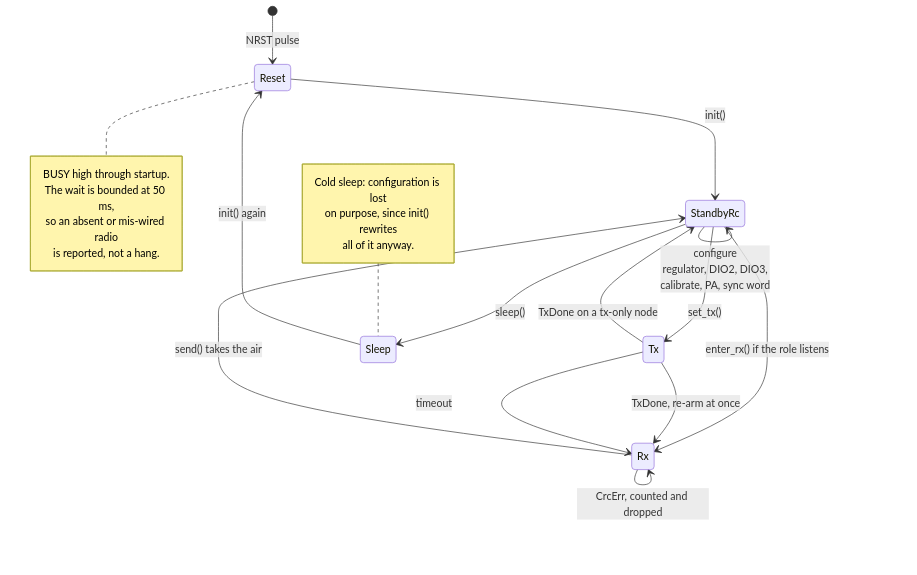
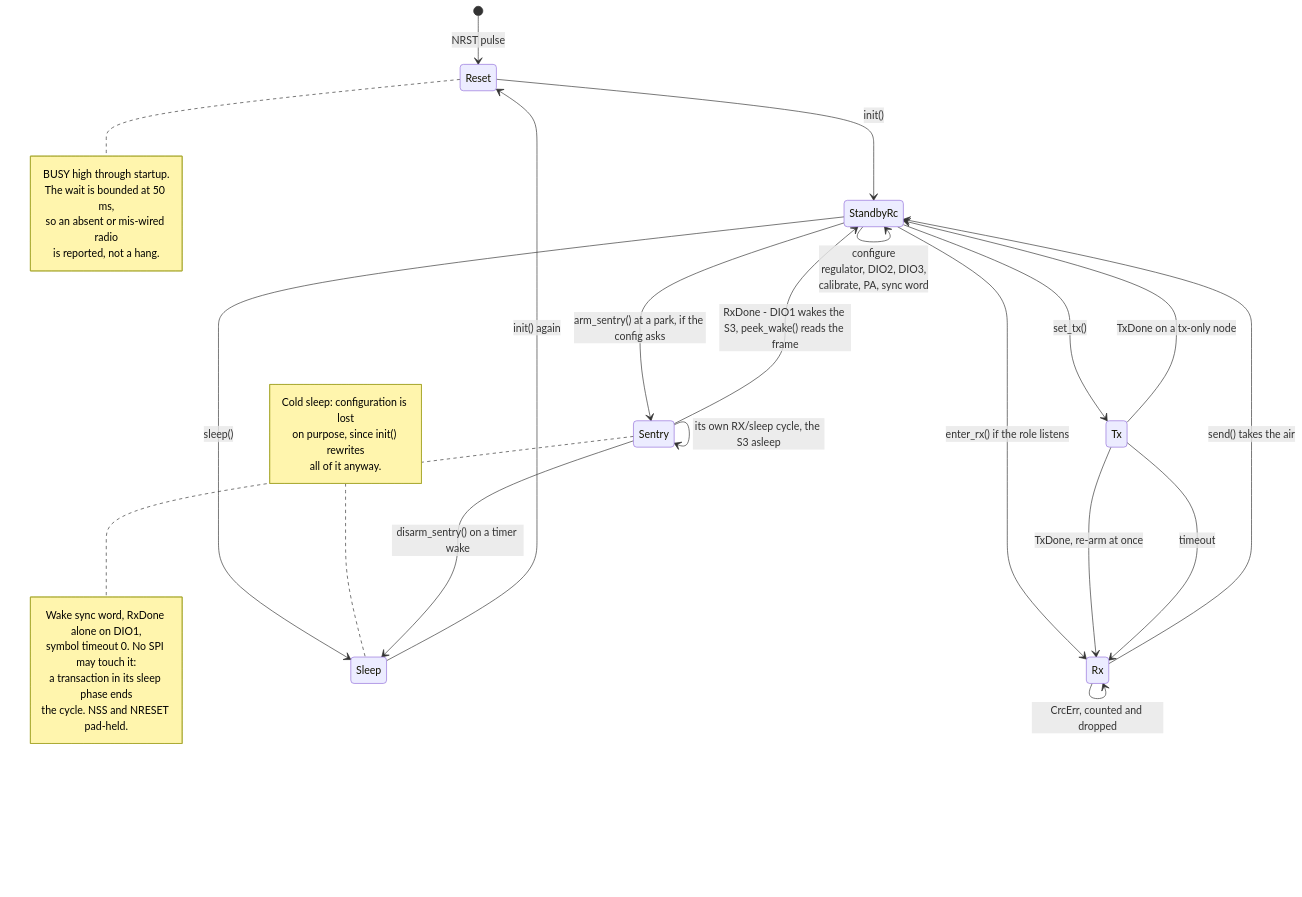
The fourth of 13 diagrams in ARCHITECTURE.md (Telemety-In-Midair/telemetry-in-midair-rs), drawn with Mermaid before and after one commit. The commit also changed other lines of this file and 19 other files, not shown here.

````diff
--- a/ARCHITECTURE.md
+++ b/ARCHITECTURE.md
@@ -437,32 +437,43 @@
 ```mermaid
 stateDiagram-v2
     [*] --> Reset : NRST pulse
 
     Reset --> StandbyRc : init()
     note right of Reset
         BUSY high through startup.
         The wait is bounded at 50 ms,
         so an absent or mis-wired radio
         is reported, not a hang.
     end note
 
     StandbyRc --> StandbyRc : configure<br/>regulator, DIO2, DIO3,<br/>calibrate, PA, sync word
 
     StandbyRc --> Rx : enter_rx() if the role listens
     Rx --> Rx : RxDone, packet kept
     Rx --> Rx : CrcErr, counted and dropped
     Rx --> StandbyRc : send() takes the air
 
     StandbyRc --> Tx : set_tx()
     Tx --> Rx : TxDone, re-arm at once
     Tx --> StandbyRc : TxDone on a tx-only node
     Tx --> Rx : timeout
 
     StandbyRc --> Sleep : sleep()
     Sleep --> Reset : init() again
     note left of Sleep
         Cold sleep: configuration is lost
         on purpose, since init() rewrites
         all of it anyway.
     end note
+
+    StandbyRc --> Sentry : arm_sentry() at a park, if the config asks
+    Sentry --> Sentry : its own RX/sleep cycle, the S3 asleep
+    Sentry --> StandbyRc : RxDone - DIO1 wakes the S3, peek_wake() reads the frame
+    Sentry --> Sleep : disarm_sentry() on a timer wake
+    note right of Sentry
+        Wake sync word, RxDone alone on DIO1,
+        symbol timeout 0. No SPI may touch it:
+        a transaction in its sleep phase ends
+        the cycle. NSS and NRESET pad-held.
+    end note
 ```
````
